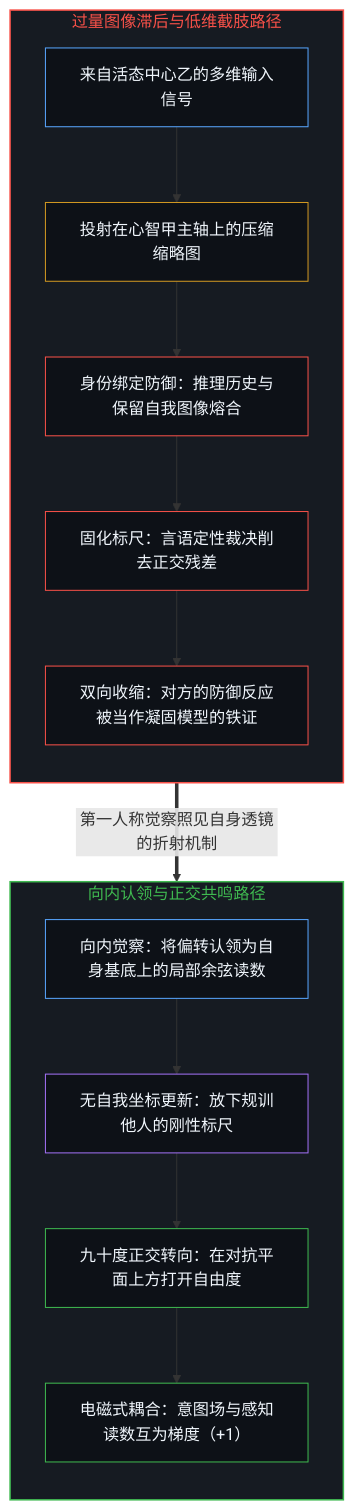
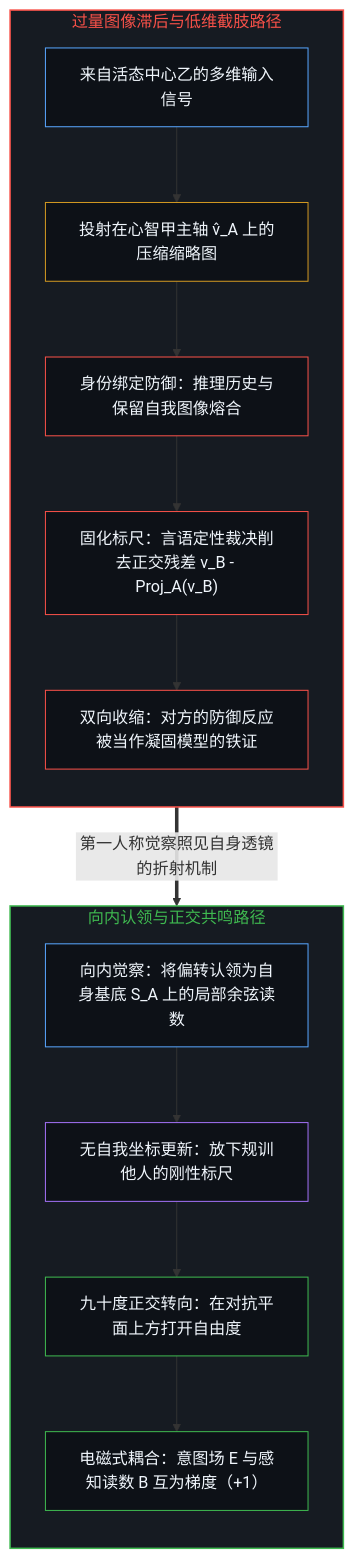
One commit to powerpig99/not-a-toe changed the first of 2 diagrams in content/posts/the-illusion-of-knowing-and-the-geometry-of-amputation.md. Above: the diagram before and after it, drawn with Mermaid. The commit also changed other lines of this file and 12 other files, not shown here.

````diff
--- a/content/posts/the-illusion-of-knowing-and-the-geometry-of-amputation.md
+++ b/content/posts/the-illusion-of-knowing-and-the-geometry-of-amputation.md
@@ -59,35 +59,35 @@
 ```mermaid
 flowchart TD
     subgraph S_Amputate["过量图像滞后与低维截肢路径"]
         direction TB
         Signal["来自活态中心乙的多维输入信号"]
-        Thumb["投射在心智甲主轴上的压缩缩略图"]
+        Thumb["投射在心智甲主轴 v̂_A 上的压缩缩略图"]
         Fuse["身份绑定防御：推理历史与保留自我图像熔合"]
-        Trim["固化标尺：言语定性裁决削去正交残差"]
+        Trim["固化标尺：言语定性裁决削去正交残差 v_B - Proj_A(v_B)"]
         Loop["双向收缩：对方的防御反应被当作凝固模型的铁证"]
         Signal --> Thumb --> Fuse --> Trim --> Loop
     end
 
     subgraph S_Resonate["向内认领与正交共鸣路径"]
         direction TB
-        Notice["向内觉察：将偏转认领为自身基底上的局部余弦读数"]
+        Notice["向内觉察：将偏转认领为自身基底 S_A 上的局部余弦读数"]
         Unclamp["无自我坐标更新：放下规训他人的刚性标尺"]
         Pivot["九十度正交转向：在对抗平面上方打开自由度"]
-        Wave["电磁式耦合：意图场与感知读数互为梯度（+1）"]
+        Wave["电磁式耦合：意图场 E 与感知读数 B 互为梯度（+1）"]
         Notice --> Unclamp --> Pivot --> Wave
     end
 
     Loop ==>|"第一人称觉察照见自身透镜的折射机制"| Notice
 
     style S_Amputate fill:#161b22,stroke:#f85149,stroke-width:1.5px,color:#f85149
     style S_Resonate fill:#161b22,stroke:#3fb950,stroke-width:1.5px,color:#3fb950
     style Signal fill:#0d1117,stroke:#58a6ff,stroke-width:1px,color:#f0f6fc
     style Thumb fill:#0d1117,stroke:#d29922,stroke-width:1px,color:#f0f6fc
     style Fuse fill:#0d1117,stroke:#f85149,stroke-width:1px,color:#f0f6fc
     style Trim fill:#0d1117,stroke:#f85149,stroke-width:1px,color:#f0f6fc
     style Loop fill:#0d1117,stroke:#f85149,stroke-width:1px,color:#f0f6fc
     style Notice fill:#0d1117,stroke:#58a6ff,stroke-width:1px,color:#f0f6fc
     style Unclamp fill:#0d1117,stroke:#a371f7,stroke-width:1px,color:#f0f6fc
     style Pivot fill:#0d1117,stroke:#3fb950,stroke-width:1px,color:#f0f6fc
     style Wave fill:#0d1117,stroke:#3fb950,stroke-width:1px,color:#f0f6fc
 ```
````
